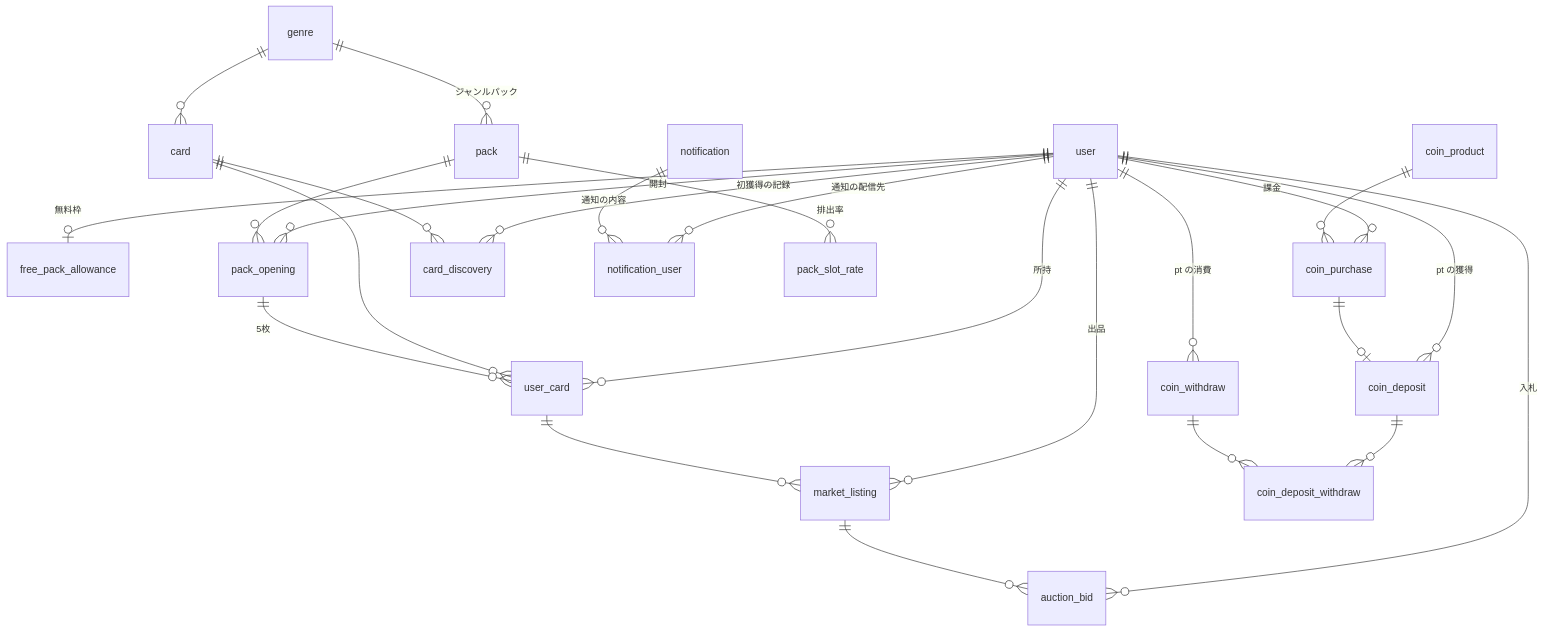
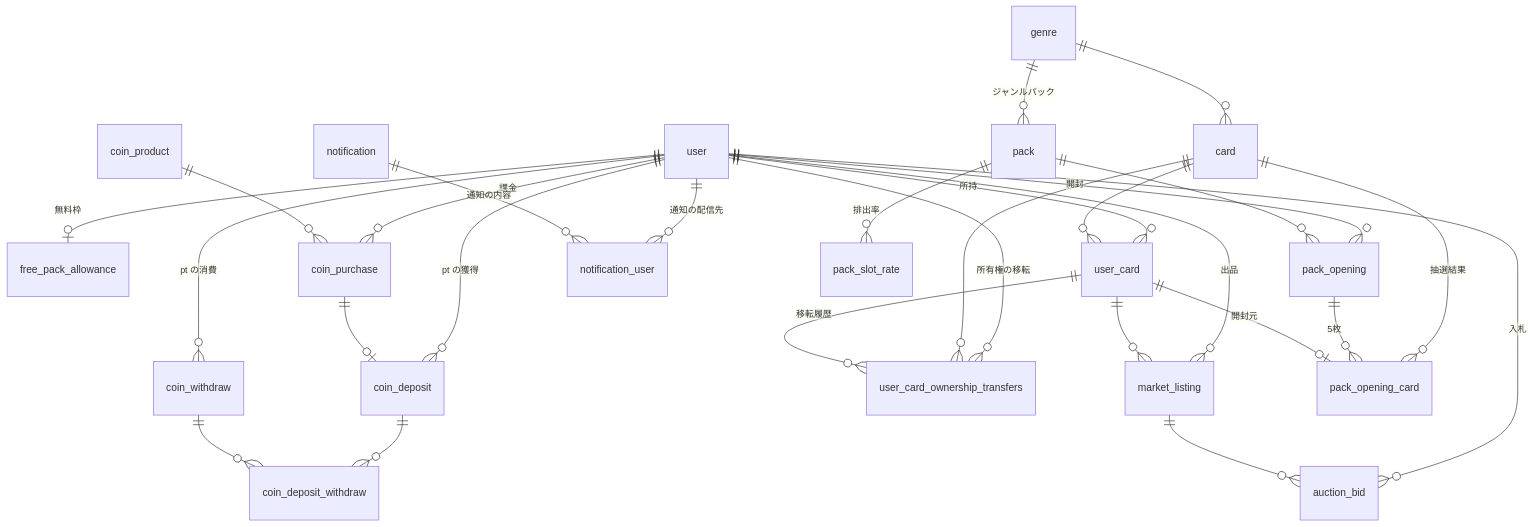
The diagram in docs/design/database.md (matsupiee/wiki-collection), drawn with Mermaid before and after one commit. The commit also changed other lines of this file and 130 other files, not shown here.

````diff
--- a/docs/design/database.md
+++ b/docs/design/database.md
@@ -11,32 +11,35 @@
 ```mermaid
 erDiagram
   user ||--o| free_pack_allowance : "無料枠"
   user ||--o{ coin_deposit : "pt の獲得"
   user ||--o{ coin_withdraw : "pt の消費"
   user ||--o{ coin_purchase : "課金"
   user ||--o{ pack_opening : "開封"
   user ||--o{ user_card : "所持"
-  user ||--o{ card_discovery : "初獲得の記録"
+  user ||--o{ user_card_ownership_transfers : "所有権の移転"
   user ||--o{ market_listing : "出品"
   user ||--o{ notification_user : "通知の配信先"
   notification ||--o{ notification_user : "通知の内容"
   user ||--o{ auction_bid : "入札"
 
   coin_deposit ||--o{ coin_deposit_withdraw : ""
   coin_withdraw ||--o{ coin_deposit_withdraw : ""
 
   genre ||--o{ card : ""
   genre ||--o{ pack : "ジャンルパック"
   card ||--o{ user_card : ""
-  card ||--o{ card_discovery : ""
+  card ||--o{ pack_opening_card : "抽選結果"
+  card ||--o{ user_card_ownership_transfers : ""
 
   pack ||--o{ pack_slot_rate : "排出率"
   pack ||--o{ pack_opening : ""
-  pack_opening ||--o{ user_card : "5枚"
+  pack_opening ||--o{ pack_opening_card : "5枚"
+  user_card ||--o| pack_opening_card : "開封元"
+  user_card ||--o{ user_card_ownership_transfers : "移転履歴"
 
   user_card ||--o{ market_listing : ""
   market_listing ||--o{ auction_bid : ""
 
   coin_product ||--o{ coin_purchase : ""
   coin_purchase ||--o| coin_deposit : ""
 ```
````
